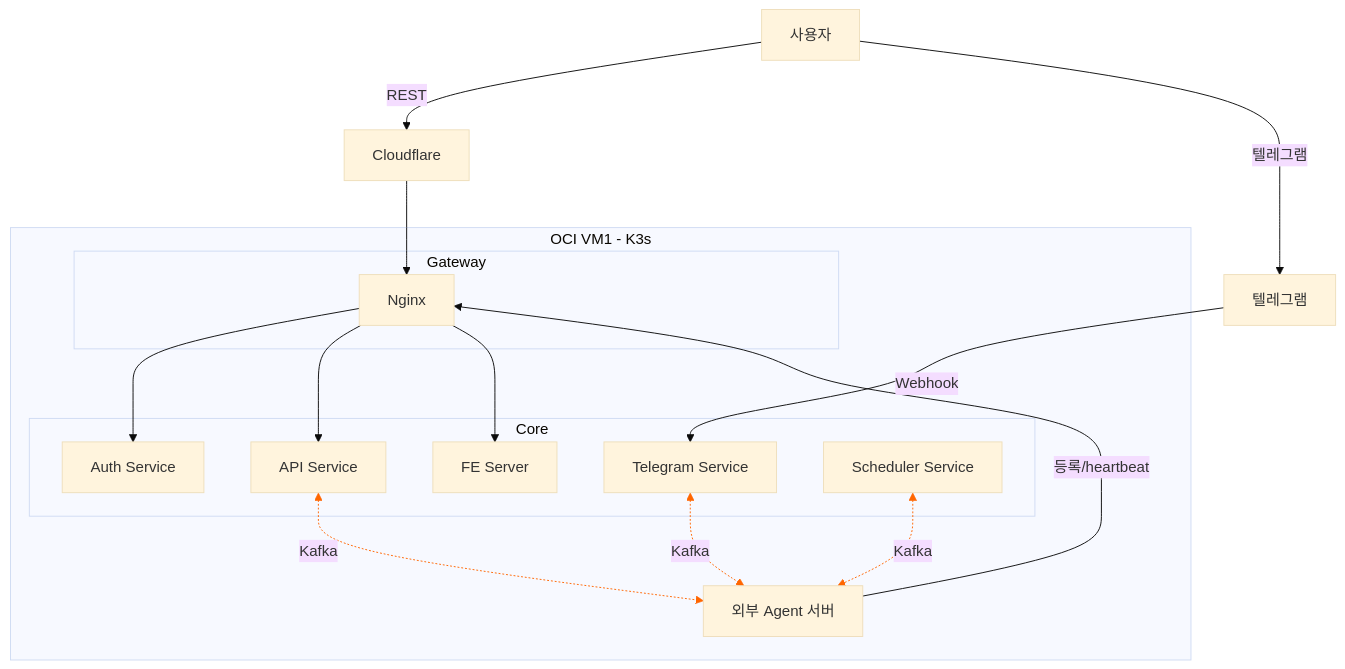
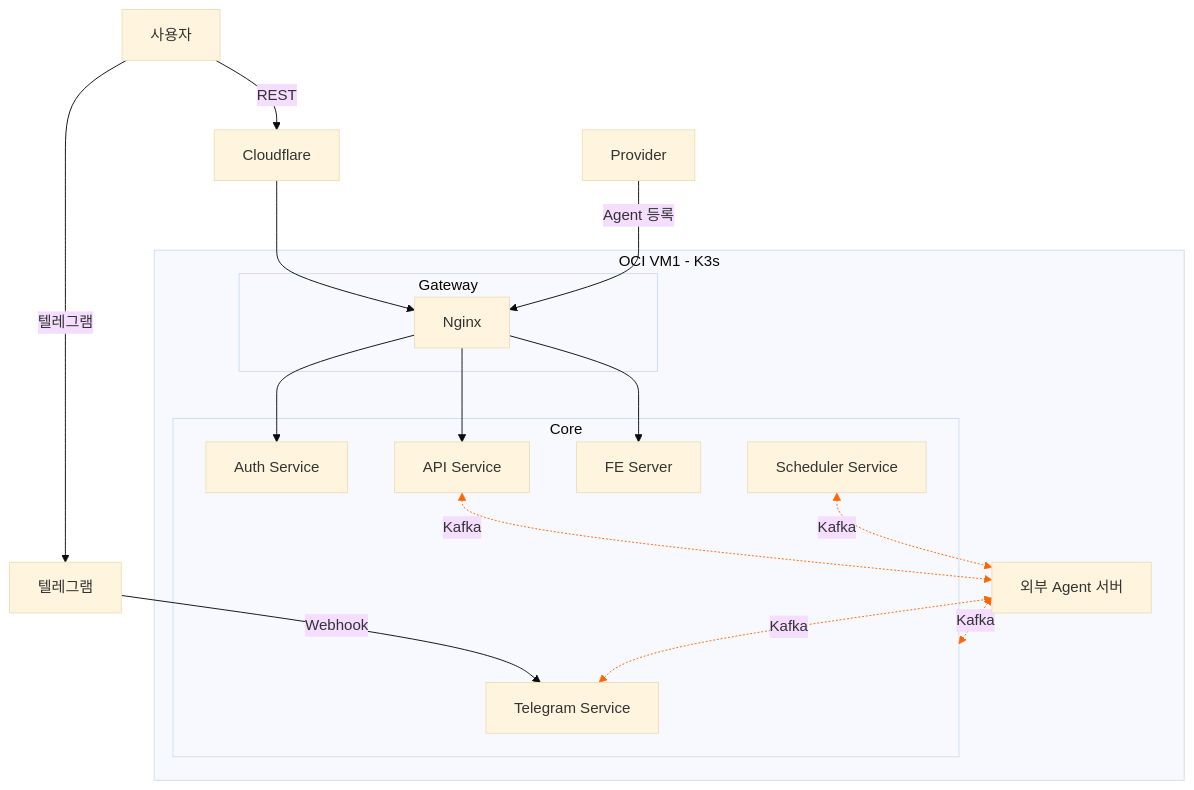
Before and after one commit to genie49/bara-world: the diagram in docs/spec/overview.md, drawn with Mermaid (base theme). The commit also changed 4 other files, not shown here.

Commit message:
docs(docs): 검토 반영 — endpoint→agentCard, 다이어그램, heartbeat 구조 정의

````diff
--- a/docs/spec/overview.md
+++ b/docs/spec/overview.md
@@ -9,35 +9,37 @@
 ```mermaid
 graph TD
     User[사용자] -->|REST| CF[Cloudflare]
     User -->|텔레그램| TG[텔레그램]
 
     CF --> Nginx
     TG -->|Webhook| Bot
 
     subgraph VM1[OCI VM1 - K3s]
         subgraph gateway[Gateway]
             Nginx[Nginx]
         end
 
         subgraph core[Core]
             Auth[Auth Service]
             ApiSvc[API Service]
             FE[FE Server]
             Bot[Telegram Service]
             Sched[Scheduler Service]
         end
 
         Nginx --> Auth
         Nginx --> ApiSvc
         Nginx --> FE
         ApiSvc <-.->|Kafka| Agents
         Bot <-.->|Kafka| Agents
         Sched <-.->|Kafka| Agents
     end
 
-    Agents[외부 Agent 서버] -->|등록/heartbeat| Nginx
+    Provider[Provider] -->|Agent 등록| Nginx
+    Agents[외부 Agent 서버] <-.->|Kafka| core
 
     linkStyle 7 stroke:#ff6600
     linkStyle 8 stroke:#ff6600
     linkStyle 9 stroke:#ff6600
+    linkStyle 11 stroke:#ff6600
 ```
````
